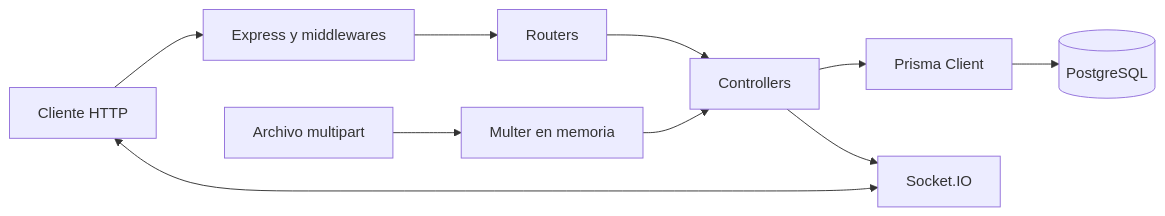
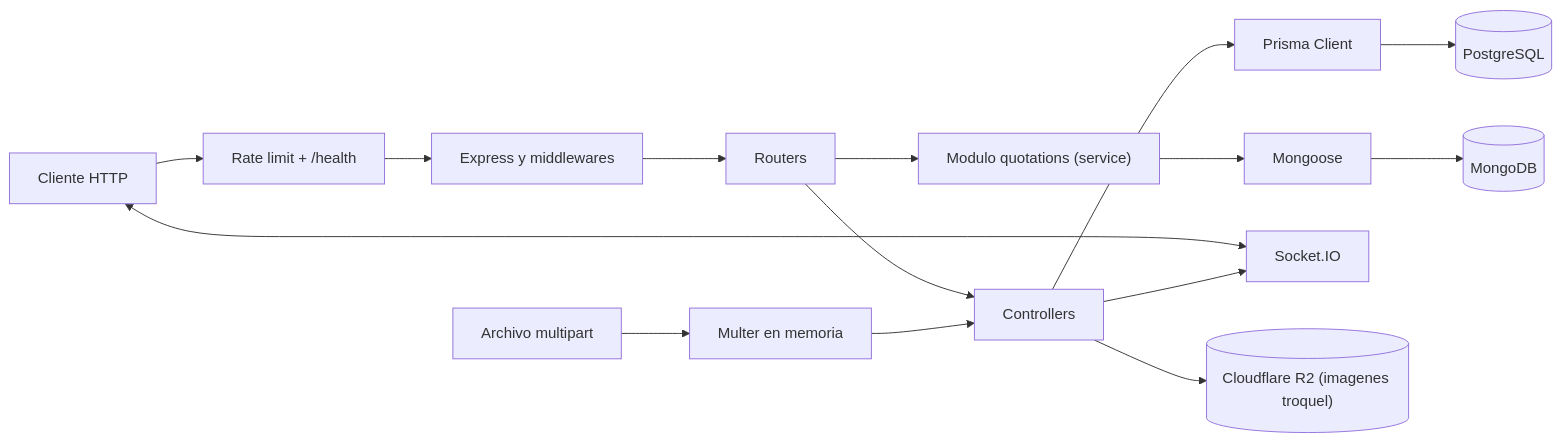
Before and after one commit to juanodsk/prograficos-backend: the diagram in README.md, drawn with Mermaid. The commit also changed other lines of this file and 2 other files, not shown here.

````diff
--- a/README.md
+++ b/README.md
@@ -42,12 +44,17 @@
 ```mermaid
 flowchart LR
-    C["Cliente HTTP"] --> E["Express y middlewares"]
+    C["Cliente HTTP"] --> RL["Rate limit + /health"]
+    RL --> E["Express y middlewares"]
     E --> R["Routers"]
     R --> CT["Controllers"]
     CT --> P["Prisma Client"]
     P --> DB[("PostgreSQL")]
+    R --> QM["Modulo quotations (service)"]
+    QM --> MG["Mongoose"]
+    MG --> MDB[("MongoDB")]
     C <--> S["Socket.IO"]
     CT --> S
     U["Archivo multipart"] --> M["Multer en memoria"]
     M --> CT
+    CT --> R2[("Cloudflare R2 (imagenes troquel)")]
 ```
````
